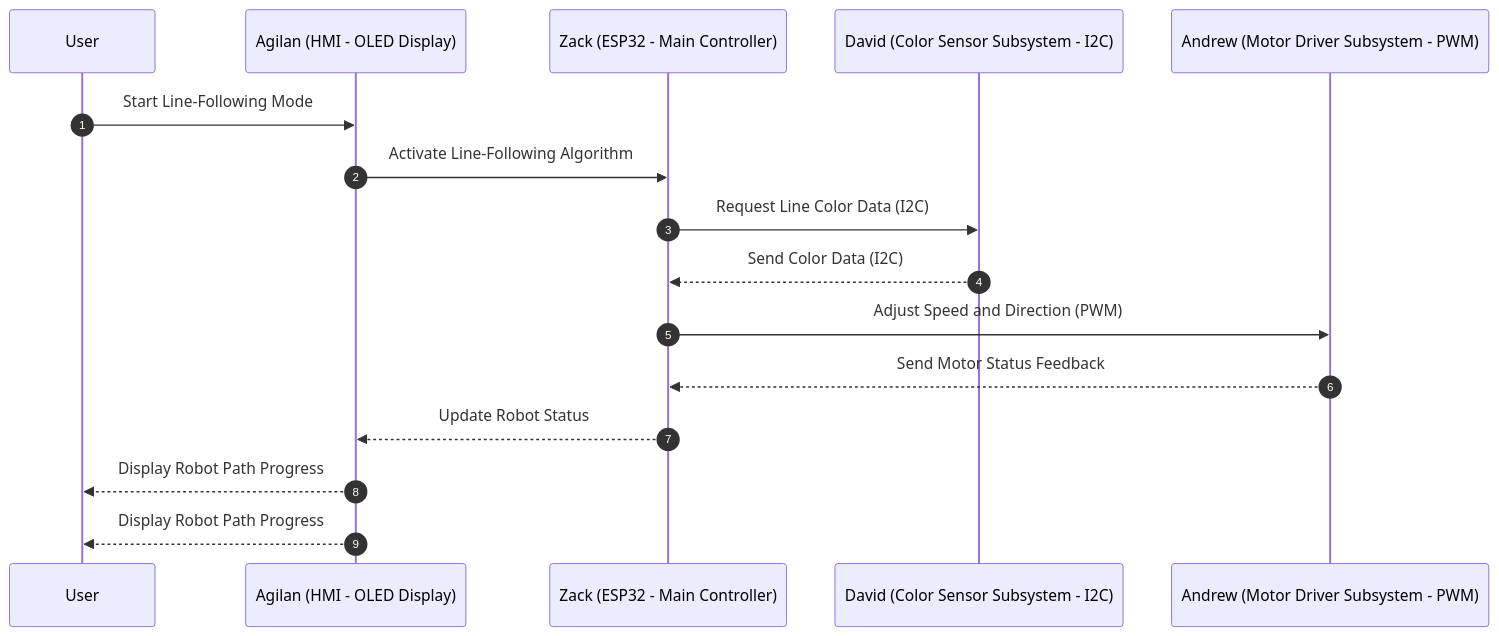
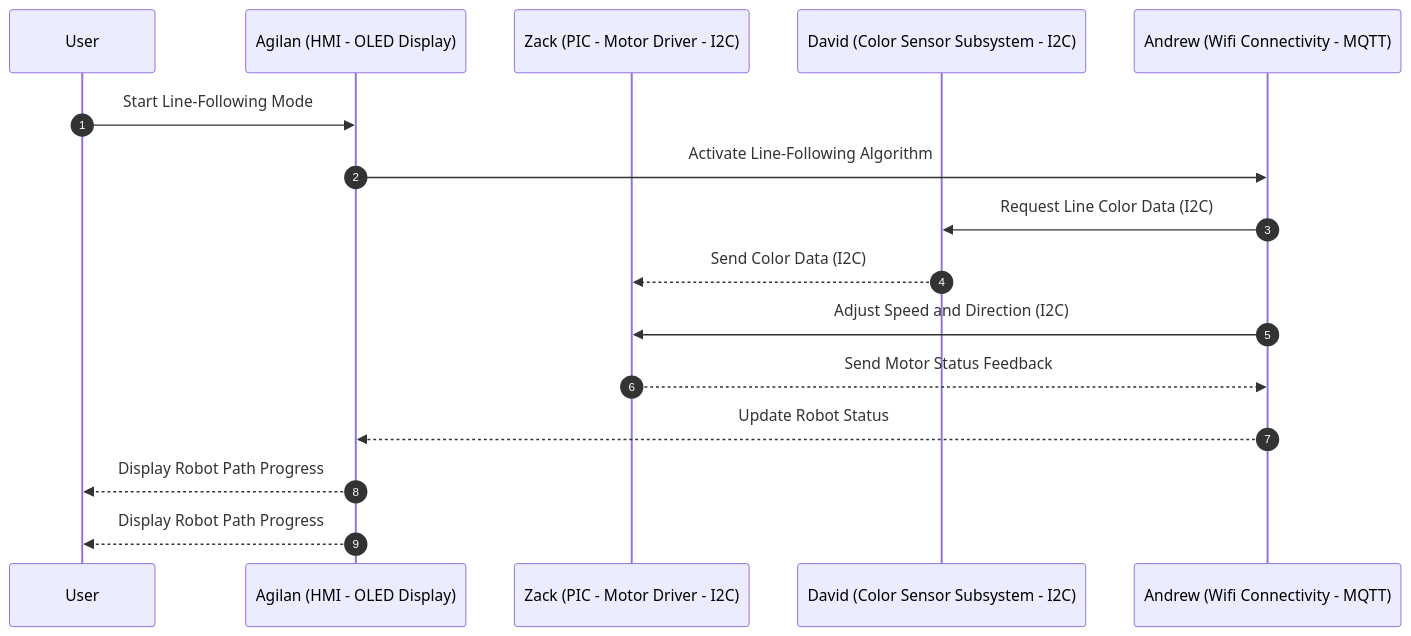
Before and after one commit to ASU-EGR314-2025-S-305/ASU-EGR314-2025-S-305.github.io: the first of 2 diagrams in docs/charts.md, drawn with Mermaid.

````diff
--- a/docs/charts.md
+++ b/docs/charts.md
@@ -57,19 +57,19 @@
 ```mermaid
 sequenceDiagram
     autonumber
     participant User
     participant HMI as Agilan (HMI - OLED Display)
-    participant Zack as Zack (ESP32 - Main Controller)
+    participant Zack as Zack (PIC - Motor Driver - I2C)
     participant David as David (Color Sensor Subsystem - I2C)
-    participant Andrew as Andrew (Motor Driver Subsystem - PWM)
+    participant Andrew as Andrew (Wifi Connectivity - MQTT)
 
     User->>HMI: Start Line-Following Mode
-    HMI->>Zack: Activate Line-Following Algorithm
-    Zack->>David: Request Line Color Data (I2C)
+    HMI->>Andrew: Activate Line-Following Algorithm
+    Andrew->>David: Request Line Color Data (I2C)
     David-->>Zack: Send Color Data (I2C)
-    Zack->>Andrew: Adjust Speed and Direction (PWM)
-    Andrew-->>Zack: Send Motor Status Feedback
-    Zack-->>HMI: Update Robot Status
+    Andrew->>Zack: Adjust Speed and Direction (I2C)
+    Zack-->>Andrew: Send Motor Status Feedback
+    Andrew-->>HMI: Update Robot Status
     HMI-->>User: Display Robot Path Progress
     HMI-->>User: Display Robot Path Progress
 ```
````
